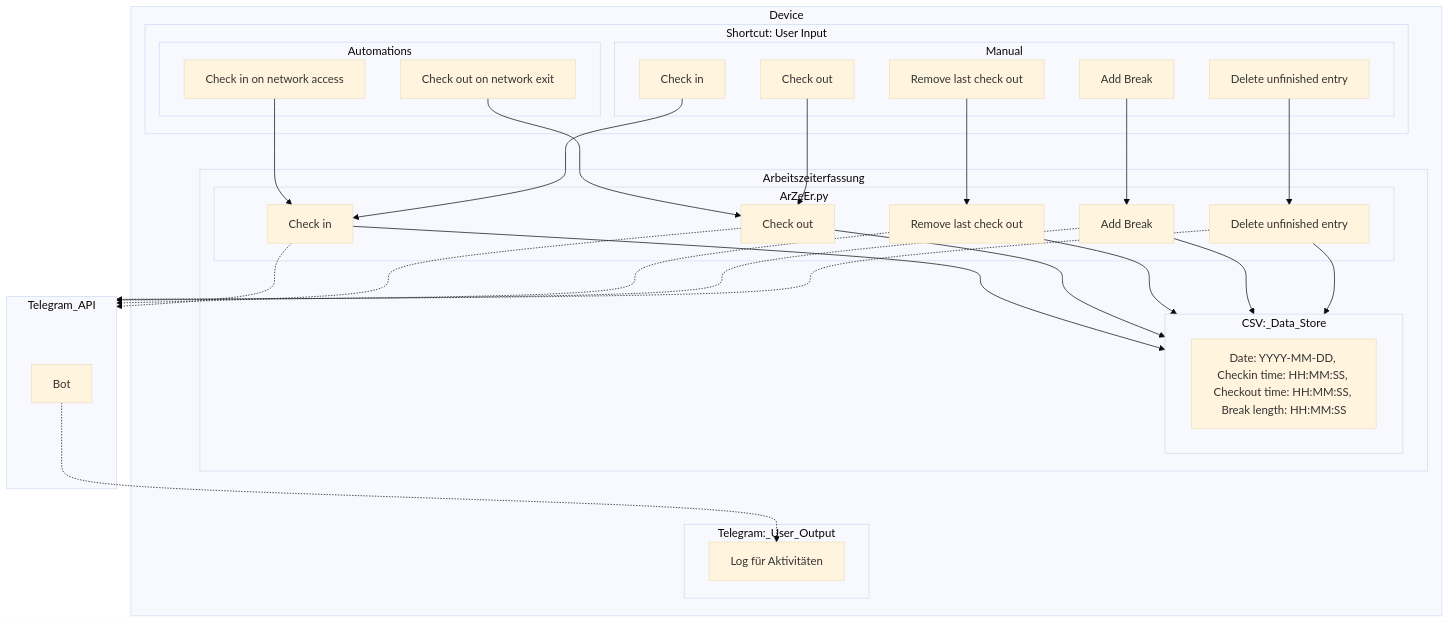
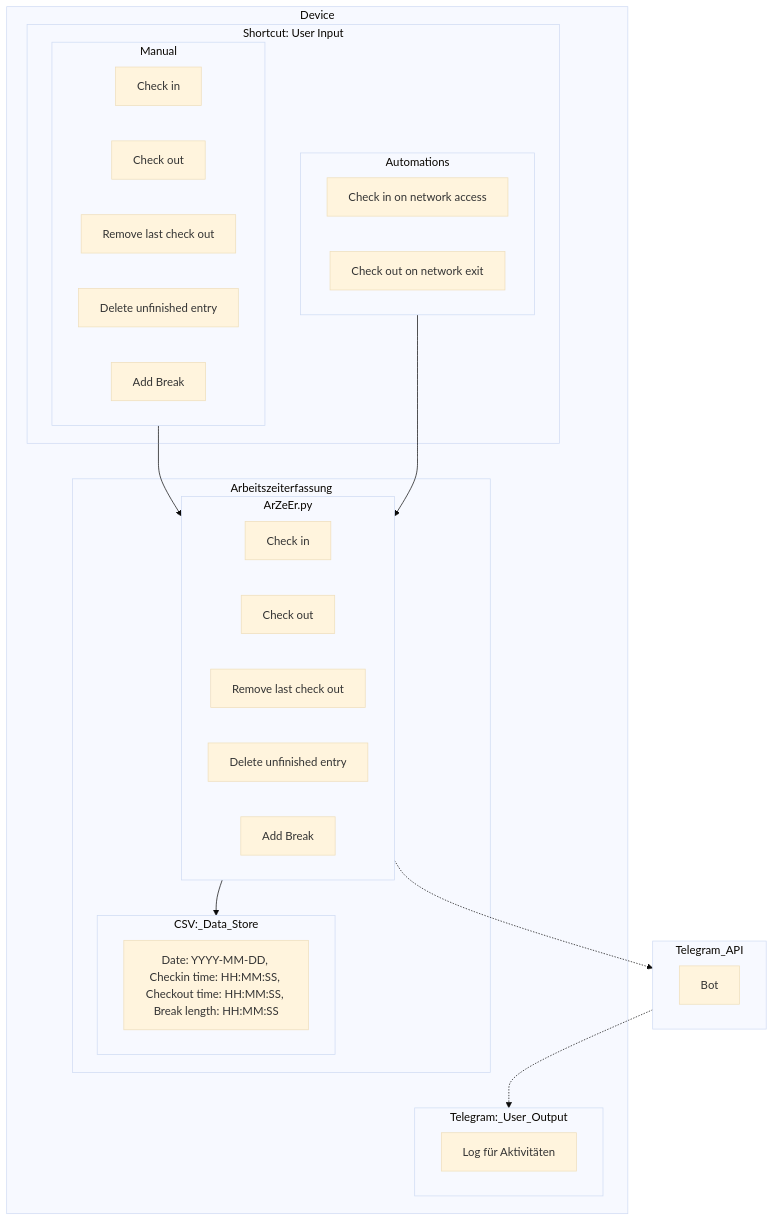
One commit to Niggulas/ZeEr-ZeitErfassung changed the diagram in README.md. Above: the diagram before and after it, drawn with Mermaid (base theme).

Commit message:
Simplified README Diagram

````diff
--- a/README.md
+++ b/README.md
@@ -45,71 +45,57 @@
 ```mermaid
 flowchart TB
 
 subgraph Device
 
     subgraph Shortcut: User Input
+
         subgraph Automations
             Auto1[Check in on network access]
             Auto2[Check out on network exit]
             end
 
         subgraph Manual
             m1[Check in]
             m2[Check out]
             m3[Remove last check out]
             m5[Delete unfinished entry]
 			m4[Add Break]
             end
 
         end
 
     subgraph Arbeitszeiterfassung
 
         subgraph ArZeEr.py
             p1[Check in]
             p2[Check out]
             p3[Remove last check out]
             p5[Delete unfinished entry]
 			p4[Add Break]
             end
 
         subgraph CSV:_Data_Store
             c1[Date: YYYY-MM-DD, Checkin time: HH:MM:SS, Checkout time: HH:MM:SS, Break length: HH:MM:SS]
             end
 
         end
 
     subgraph Telegram:_User_Output
             t[Log für Aktivitäten]
         end
         
     end
 
 subgraph Telegram_API
         ta[Bot]
     end
 
-ta -.-> t
+Manual --> ArZeEr.py
+Automations --> ArZeEr.py
 
-Auto1 --> p1
-Auto2 --> p2
+ArZeEr.py --> CSV:_Data_Store
+ArZeEr.py -.-> Telegram_API
 
-m1 --> p1
-m2 --> p2
-m3 --> p3
-m4 --> p4
-m5 --> p5
-
-p1 --> CSV:_Data_Store
-p2 --> CSV:_Data_Store
-p3 --> CSV:_Data_Store
-p4 --> CSV:_Data_Store
-p5 --> CSV:_Data_Store
-
-p1 -.-> Telegram_API
-p2 -.-> Telegram_API
-p3 -.-> Telegram_API
-p4 -.-> Telegram_API
-p5 -.-> Telegram_API
+Telegram_API -.-> Telegram:_User_Output
 
 ```
````
